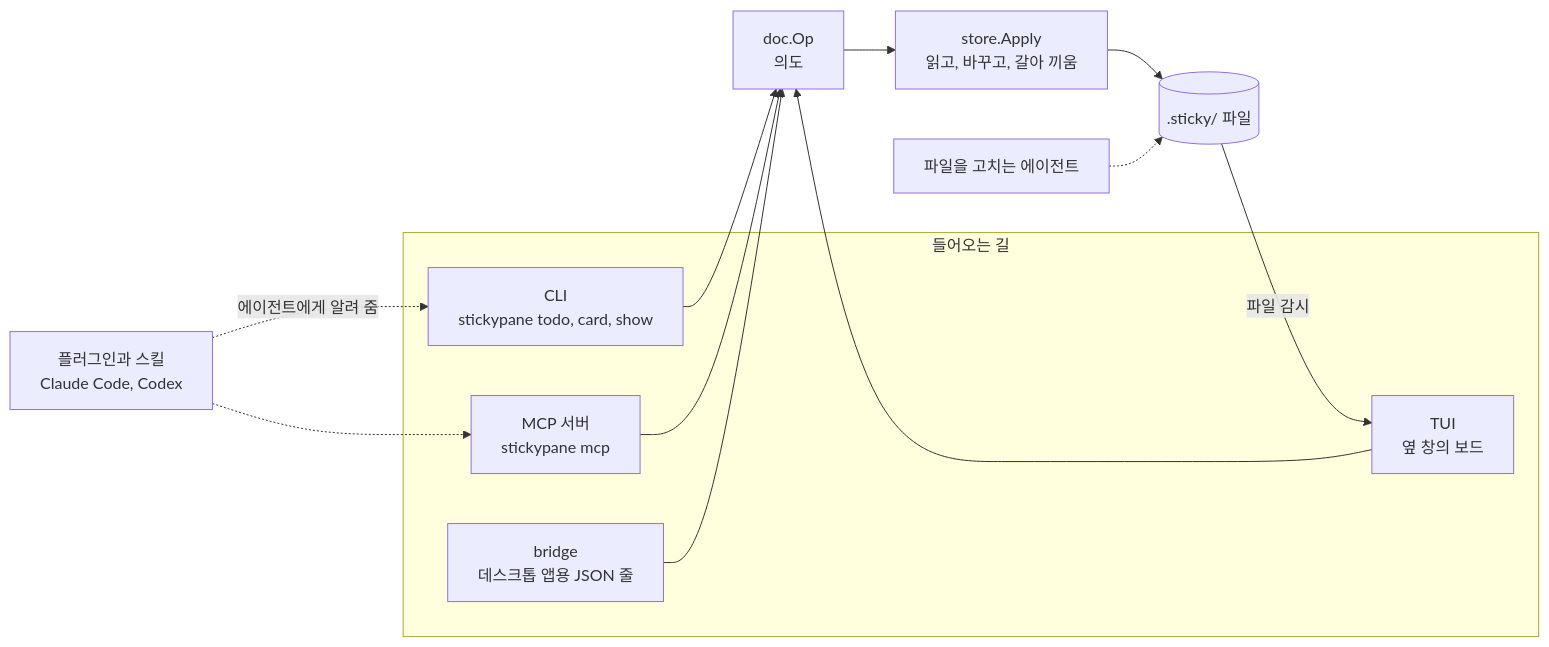
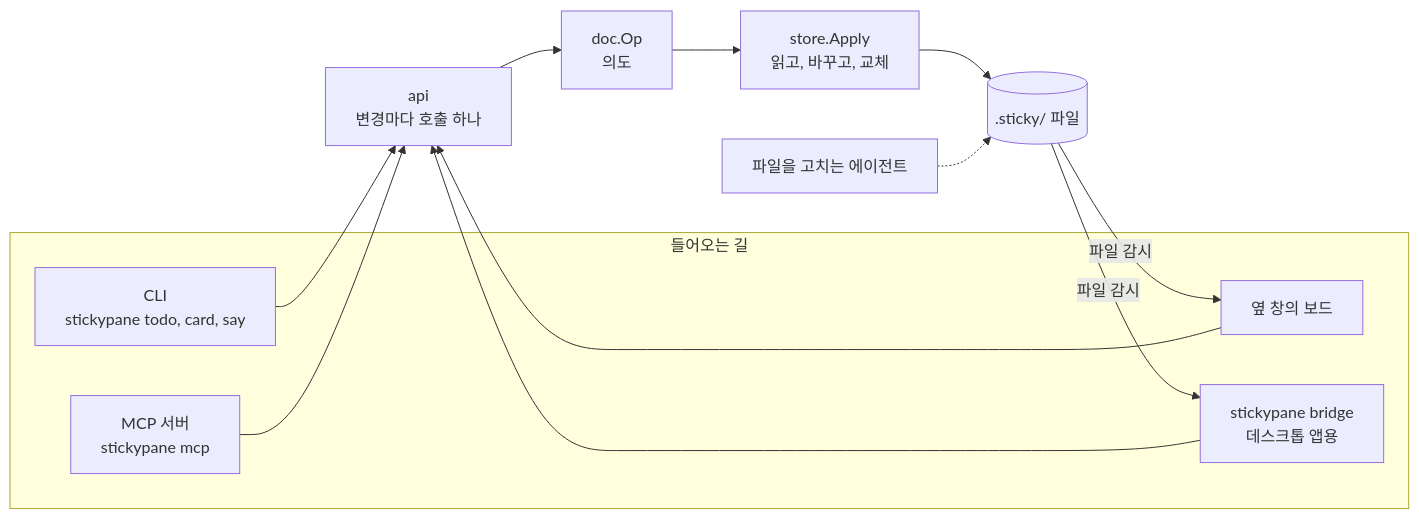
The third of 6 diagrams in README.ko.md (LeeSwallow/stickypane), drawn with Mermaid before and after one commit. The commit also changed other lines of this file and 4 other files, not shown here.

````diff
--- a/README.ko.md
+++ b/README.ko.md
@@ -200,19 +200,19 @@
 ```mermaid
 flowchart LR
     subgraph ways["들어오는 길"]
-        cli["CLI<br/>stickypane todo, card, show"]
+        cli["CLI<br/>stickypane todo, card, say"]
         mcp["MCP 서버<br/>stickypane mcp"]
-        tui["TUI<br/>옆 창의 보드"]
-        bridge["bridge<br/>데스크톱 앱용 JSON 줄"]
+        tui["옆 창의 보드"]
+        bridge["stickypane bridge<br/>데스크톱 앱용"]
     end
-    plugin["플러그인과 스킬<br/>Claude Code, Codex"] -.->|"에이전트에게 알려 줌"| cli
-    plugin -.-> mcp
-    cli --> op["doc.Op<br/>의도"]
-    mcp --> op
-    tui --> op
-    bridge --> op
-    op --> apply["store.Apply<br/>읽고, 바꾸고, 갈아 끼움"]
+    cli --> api["api<br/>변경마다 호출 하나"]
+    mcp --> api
+    tui --> api
+    bridge --> api
+    api --> op["doc.Op<br/>의도"]
+    op --> apply["store.Apply<br/>읽고, 바꾸고, 교체"]
     apply --> files[(".sticky/ 파일")]
     agent["파일을 고치는 에이전트"] -.-> files
     files -->|"파일 감시"| tui
+    files -->|"파일 감시"| bridge
 ```
````
